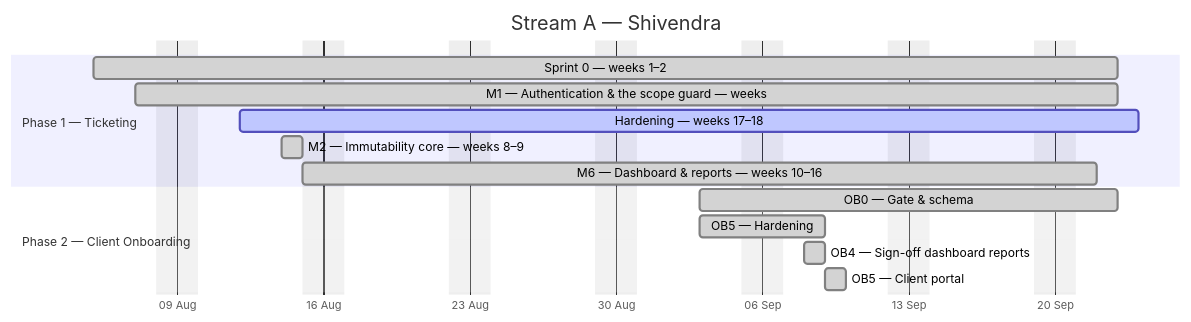
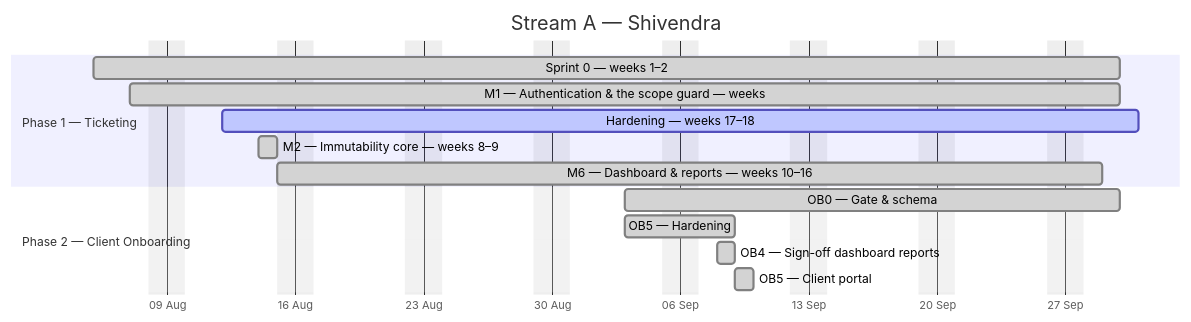
The first of 4 diagrams in docs/plan/GANTT.md (debashisedunext/EduTrack), drawn with Mermaid before and after one commit. The commit also changed other lines of this file and 2 other files, not shown here.

````diff
--- a/docs/plan/GANTT.md
+++ b/docs/plan/GANTT.md
@@ -114,18 +114,18 @@
 ```mermaid
 gantt
     dateFormat YYYY-MM-DD
     axisFormat %d %b
     title Stream A — Shivendra
     excludes weekends
     section Phase 1 — Ticketing
-    Sprint 0 — weeks 1–2 :done, a0, 2026-08-05, 35d
-    M1 — Authentication & the scope guard — weeks :done, a1, 2026-08-07, 33d
-    Hardening — weeks 17–18 :active, a2, 2026-08-12, 31d
+    Sprint 0 — weeks 1–2 :done, a0, 2026-08-05, 40d
+    M1 — Authentication & the scope guard — weeks :done, a1, 2026-08-07, 38d
+    Hardening — weeks 17–18 :active, a2, 2026-08-12, 36d
     M2 — Immutability core — weeks 8–9 :done, a3, 2026-08-14, 1d
-    M6 — Dashboard & reports — weeks 10–16 :done, a4, 2026-08-15, 27d
+    M6 — Dashboard & reports — weeks 10–16 :done, a4, 2026-08-15, 32d
     section Phase 2 — Client Onboarding
-    OB0 — Gate & schema :done, a5, 2026-09-03, 14d
+    OB0 — Gate & schema :done, a5, 2026-09-03, 19d
     OB5 — Hardening :done, a6, 2026-09-03, 4d
     OB4 — Sign-off  dashboard  reports :done, a7, 2026-09-08, 1d
     OB5 — Client portal :done, a8, 2026-09-09, 1d
 ```
````
